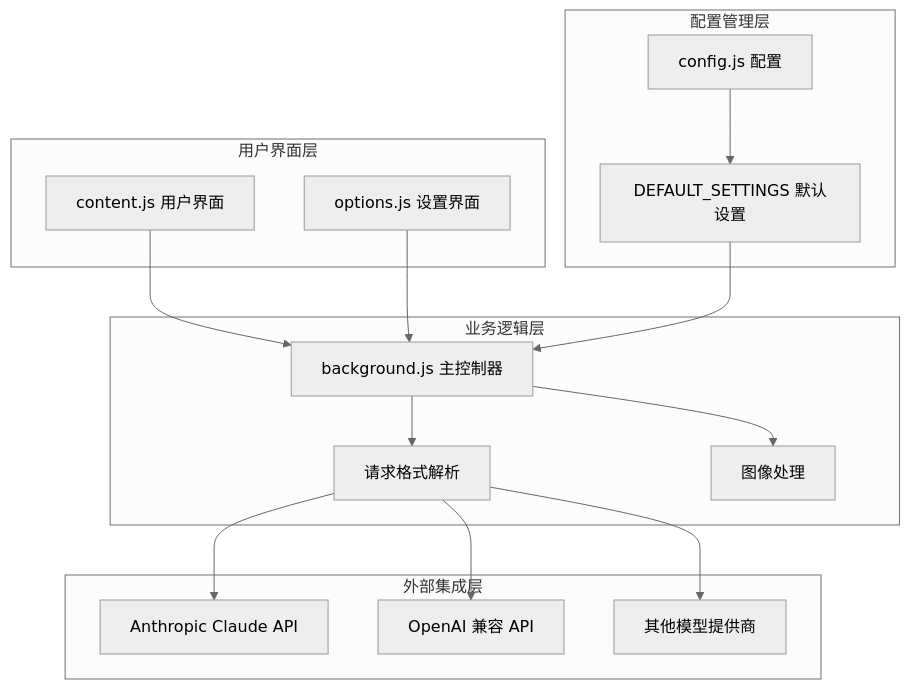
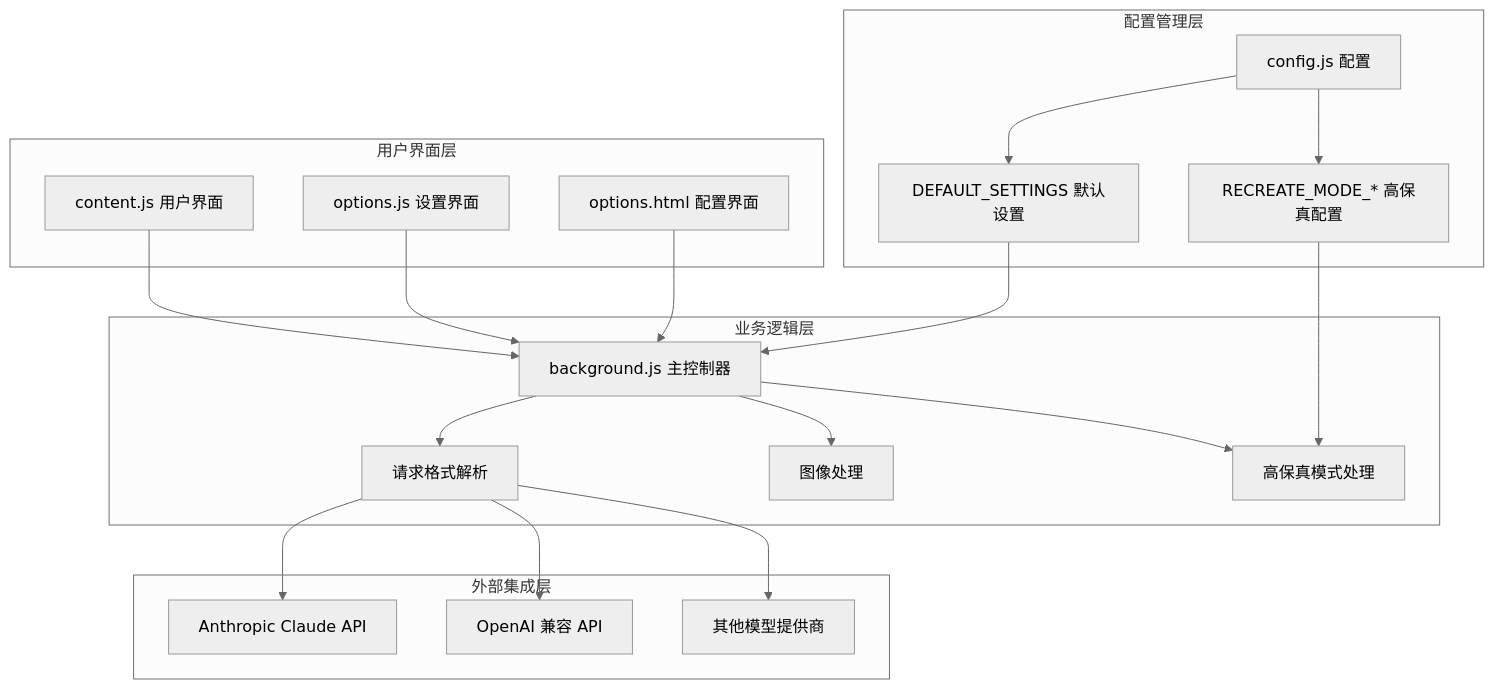
One commit to binasi/Img2Prompt changed the third of 11 diagrams in .qoder/repowiki/zh/content/核心功能/AI 模型集成/Anthropic Claude 接口.md. Above: the diagram before and after it, drawn with Mermaid (neutral theme). The commit also changed other lines of this file and 21 other files, not shown here.

````diff
--- a/.qoder/repowiki/zh/content/核心功能/AI 模型集成/Anthropic Claude 接口.md
+++ b/.qoder/repowiki/zh/content/核心功能/AI 模型集成/Anthropic Claude 接口.md
@@ -92,30 +108,37 @@
 ```mermaid
 graph TB
 subgraph "用户界面层"
 A[content.js 用户界面]
 B[options.js 设置界面]
+C[options.html 配置界面]
 end
 subgraph "业务逻辑层"
-C[background.js 主控制器]
-D[请求格式解析]
-E[图像处理]
+D[background.js 主控制器]
+E[请求格式解析]
+F[图像处理]
+G[高保真模式处理]
 end
 subgraph "外部集成层"
-F[Anthropic Claude API]
-G[OpenAI 兼容 API]
-H[其他模型提供商]
+H[Anthropic Claude API]
+I[OpenAI 兼容 API]
+J[其他模型提供商]
 end
 subgraph "配置管理层"
-I[config.js 配置]
-J[DEFAULT_SETTINGS 默认设置]
+K[config.js 配置]
+L[DEFAULT_SETTINGS 默认设置]
+M[RECREATE_MODE_* 高保真配置]
 end
-A --> C
-B --> C
+A --> D
+B --> D
 C --> D
-C --> E
+D --> E
 D --> F
 D --> G
-D --> H
-I --> J
-J --> C
+E --> H
+E --> I
+E --> J
+K --> L
+K --> M
+L --> D
+M --> G
 ```
````
